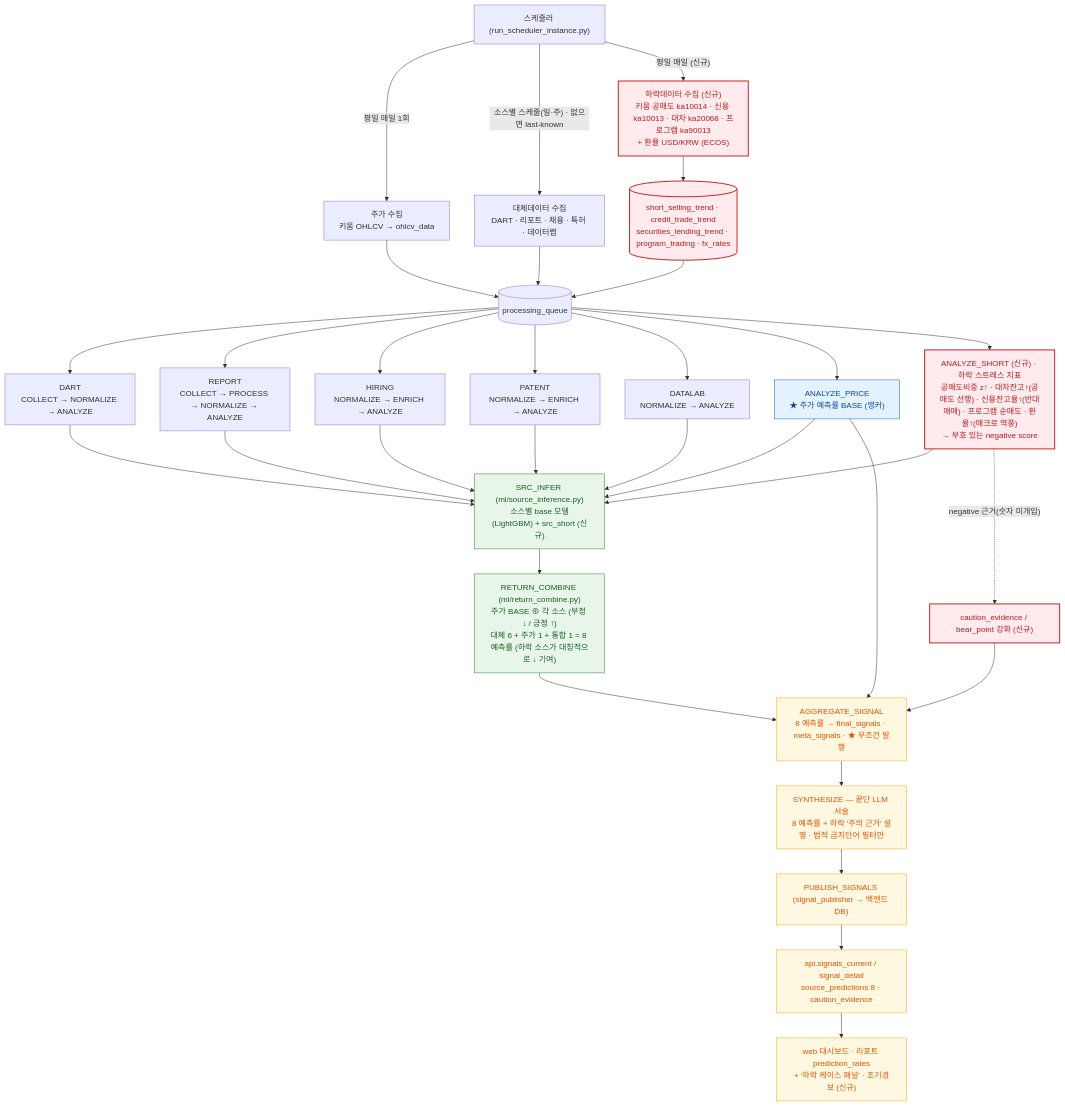
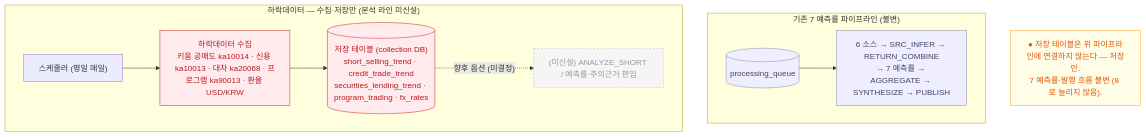
The third of 3 diagrams in docs/spec/worker-pipeline-detailed.md (AIX14-3/signal-alpha), drawn with Mermaid before and after one commit. The commit also changed other lines of this file, not shown here.

Commit message:
docs(spec): 하락데이터 부록을 수집·저장만으로 정정 (라인 미신설)
#725 가 정정 전(8 예측률 확장) 버전으로 머지됨. 하락데이터는 수집·저장만
하고 예측률/집계/발행 파이프라인엔 연결하지 않는다(7 예측률·발행 흐름 불변,
8 로 늘리지 않음). 편입 여부는 향후 별도 검증·결정. 다이어그램도 저장-only 로 교체.

Claude-Session: https://claude.ai/code/session_01McYLkxnyCCiJHZY38QDtEJ

````diff
--- a/docs/spec/worker-pipeline-detailed.md
+++ b/docs/spec/worker-pipeline-detailed.md
@@ -207,49 +198,23 @@
 ```mermaid
 flowchart TB
-  cron["스케줄러 (run_scheduler_instance.py)"]
-  cron -->|"평일 매일 1회"| pc["주가 수집<br/>키움 OHLCV → ohlcv_data"]
-  cron -->|"소스별 스케줄(일·주) · 없으면 last-known"| ac["대체데이터 수집<br/>DART · 리포트 · 채용 · 특허 · 데이터랩"]
-  cron -->|"평일 매일 (신규)"| dc["하락데이터 수집 (신규)<br/>키움 공매도 ka10014 · 신용 ka10013 · 대차 ka20068 · 프로그램 ka90013<br/>+ 환율 USD/KRW (ECOS)"]
+  subgraph MAIN["기존 7 예측률 파이프라인 (불변)"]
+    Q[("processing_queue")] --> pipe["6 소스 → SRC_INFER → RETURN_COMBINE<br/>→ 7 예측률 → AGGREGATE → SYNTHESIZE → PUBLISH"]
+  end
 
-  pc --> Q[("processing_queue")]
-  ac --> Q
-  dc --> DT[("short_selling_trend · credit_trade_trend<br/>securities_lending_trend · program_trading · fx_rates")]
-  DT --> Q
+  subgraph STORE["하락데이터 — 수집·저장만 (분석 라인 미신설)"]
+    cron2["스케줄러 (평일 매일)"] --> dc["하락데이터 수집<br/>키움 공매도 ka10014 · 신용 ka10013 · 대차 ka20068 · 프로그램 ka90013 · 환율 USD/KRW"]
+    dc --> DT[("저장 테이블 (collection DB)<br/>short_selling_trend · credit_trade_trend<br/>securities_lending_trend · program_trading · fx_rates")]
+    DT -. "향후 옵션 (미결정)" .-> ghost["(미신설) ANALYZE_SHORT / 예측률·주의근거 편입"]
+  end
 
-  Q --> ad["DART<br/>COLLECT → NORMALIZE → ANALYZE"]
-  Q --> ar["REPORT<br/>COLLECT → PROCESS → NORMALIZE → ANALYZE"]
-  Q --> ah["HIRING<br/>NORMALIZE → ENRICH → ANALYZE"]
-  Q --> apa["PATENT<br/>NORMALIZE → ENRICH → ANALYZE"]
-  Q --> adl["DATALAB<br/>NORMALIZE → ANALYZE"]
-  Q --> ap["ANALYZE_PRICE<br/>★ 주가 예측률 BASE (앵커)"]
-  Q --> ash["ANALYZE_SHORT (신규) · 하락 스트레스 지표<br/>공매도비중 z↑ · 대차잔고↑(공매도 선행) · 신용잔고율↑(반대매매) · 프로그램 순매도 · 환율↑(매크로 역풍)<br/>→ 부호 있는 negative score"]
+  note["● 저장 테이블은 위 파이프라인에 연결하지 않는다 — 저장만.<br/>7 예측률·발행 흐름 불변 (8 로 늘리지 않음)."]
 
-  ad --> si
-  ar --> si
-  ah --> si
-  apa --> si
-  adl --> si
-  ash --> si
-  ap --> si["SRC_INFER (ml/source_inference.py)<br/>소스별 base 모델(LightGBM) + src_short (신규)"]
-
-  si --> rc["RETURN_COMBINE (ml/return_combine.py)<br/>주가 BASE ⊕ 각 소스 (부정 ↓ / 긍정 ↑)<br/>대체 6 + 주가 1 + 통합 1 = 8 예측률 (하락 소스가 대칭적으로 ↓ 기여)"]
-
-  rc --> agg["AGGREGATE_SIGNAL<br/>8 예측률 → final_signals · meta_signals · ★ 무조건 발행"]
-  ap --> agg
-  ash -. "negative 근거(숫자 미개입)" .-> cev["caution_evidence / bear_point 강화 (신규)"]
-  cev --> agg
-
-  agg --> sy["SYNTHESIZE — 끝단 LLM 서술<br/>8 예측률 + 하락 '주의 근거' 설명 · 법적 금지단어 필터만"]
-  sy --> pub["PUBLISH_SIGNALS (signal_publisher → 백엔드 DB)"]
-  pub --> api["api.signals_current / signal_detail<br/>source_predictions 8 · caution_evidence"]
-  api --> web["web 대시보드 · 리포트 prediction_rates<br/>+ '하락 케이스 패널' · 조기경보 (신규)"]
-
-  classDef base fill:#e3f2fd,stroke:#1565c0,color:#0d47a1;
-  classDef down fill:#ffebee,stroke:#c62828,color:#b71c1c,stroke-width:2px;
-  classDef combine fill:#e8f5e9,stroke:#2e7d32,color:#1b5e20;
-  classDef publish fill:#fff8e1,stroke:#f9a825,color:#e65100;
-  class ap base;
-  class dc,DT,ash,cev down;
-  class si,rc combine;
-  class agg,sy,pub,api,web publish;
+  classDef down fill:#ffebee,stroke:#c62828,color:#b71c1c;
+  classDef ghost fill:#f5f5f5,stroke:#bbbbbb,color:#999999,stroke-dasharray:4 3;
+  classDef mainc fill:#eeeeff,stroke:#8888aa,color:#444466;
+  classDef notec fill:#fffde7,stroke:#f9a825,color:#e65100;
+  class dc,DT down;
+  class ghost ghost;
+  class Q,pipe mainc;
+  class note notec;
 ```
````
